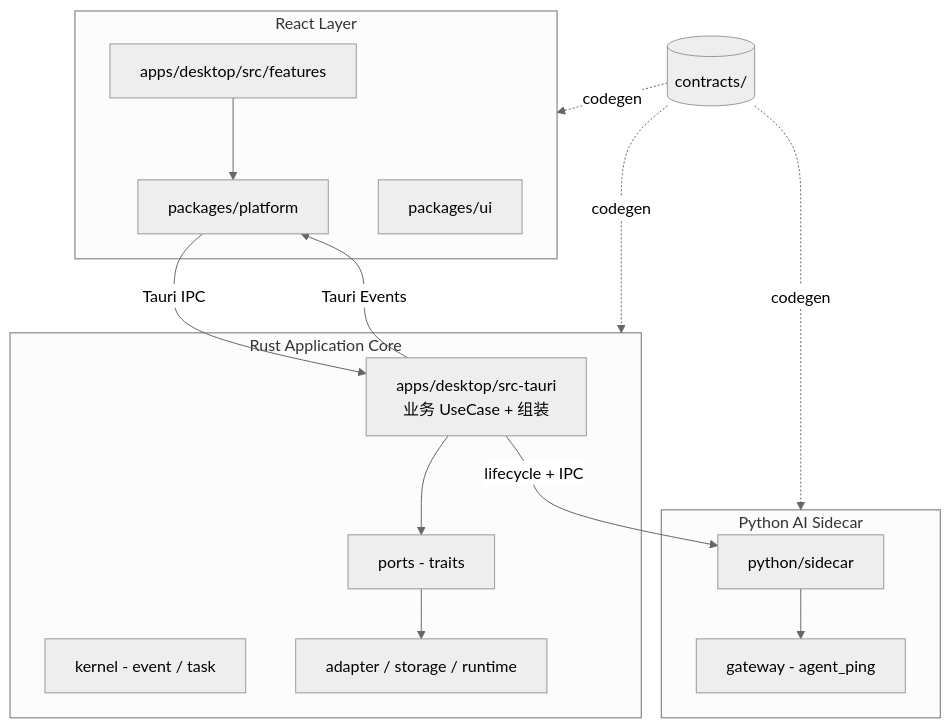
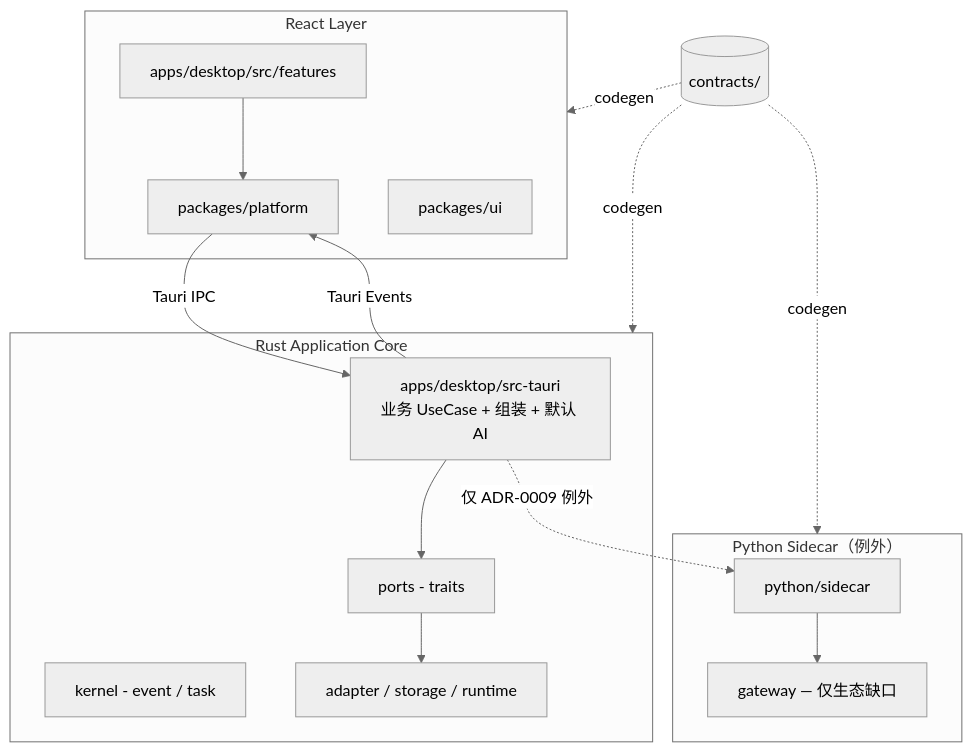
The diagram in skills/dingda/architecture/overview.md (kingning2/OpenDesk), drawn with Mermaid (neutral theme) before and after one commit. The commit also changed other lines of this file and 27 other files, not shown here.

````diff
--- a/skills/dingda/architecture/overview.md
+++ b/skills/dingda/architecture/overview.md
@@ -7,33 +7,33 @@
 ```mermaid
 flowchart TB
     subgraph Frontend["React Layer"]
         UI[packages/ui]
         Platform[packages/platform]
         Features[apps/desktop/src/features]
     end
 
     subgraph Core["Rust Application Core"]
-        Tauri[apps/desktop/src-tauri\n业务 UseCase + 组装]
+        Tauri[apps/desktop/src-tauri\n业务 UseCase + 组装 + 默认 AI]
         Kernel[kernel - event / task]
         Ports[ports - traits]
         Infra[adapter / storage / runtime]
     end
 
-    subgraph Runtime["Python AI Sidecar"]
-        Sidecar[python/sidecar]
-        Gateway[gateway - agent_ping]
+    subgraph Sidecar["Python Sidecar（例外）"]
+        Process[python/sidecar]
+        Gateway[gateway — 仅生态缺口]
     end
 
     Contracts[(contracts/)]
 
     Features --> Platform
     Platform -->|Tauri IPC| Tauri
     Tauri --> Ports
     Ports --> Infra
-    Tauri -->|lifecycle + IPC| Sidecar
-    Sidecar --> Gateway
+    Tauri -.->|仅 ADR-0009 例外| Process
+    Process --> Gateway
     Tauri -->|Tauri Events| Platform
     Contracts -.->|codegen| Frontend
     Contracts -.->|codegen| Core
-    Contracts -.->|codegen| Runtime
+    Contracts -.->|codegen| Sidecar
 ```
````
